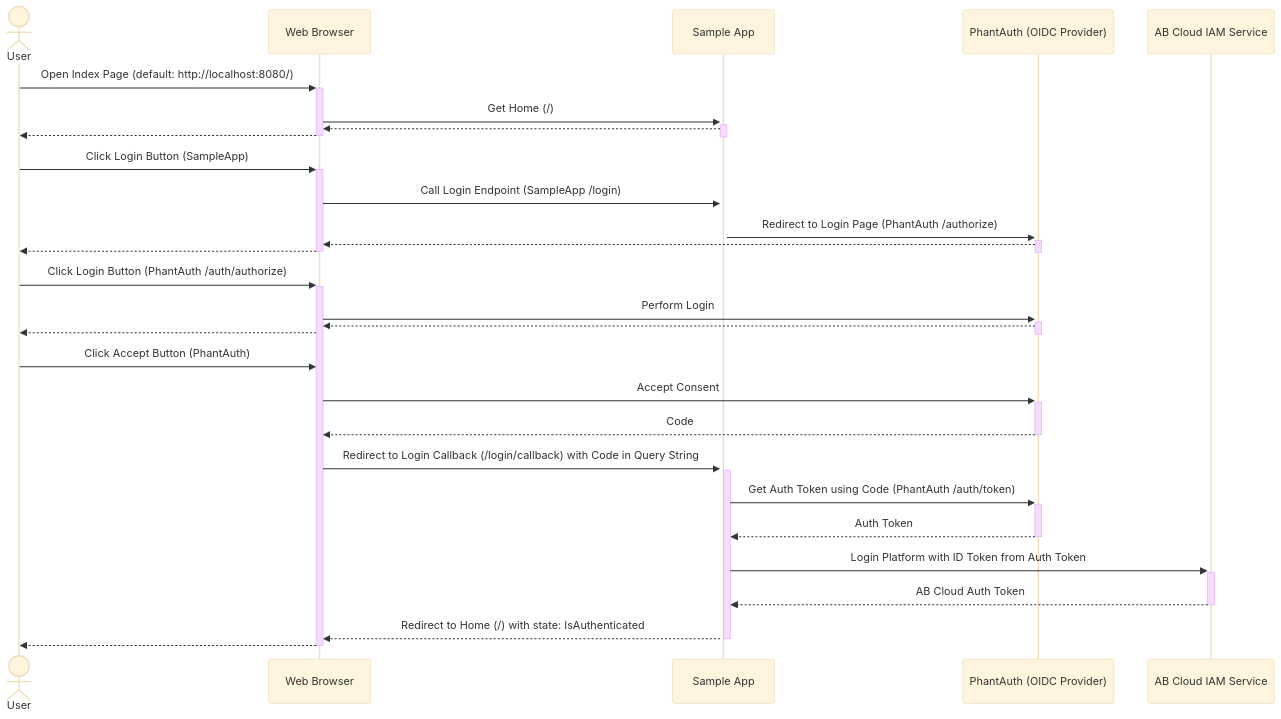
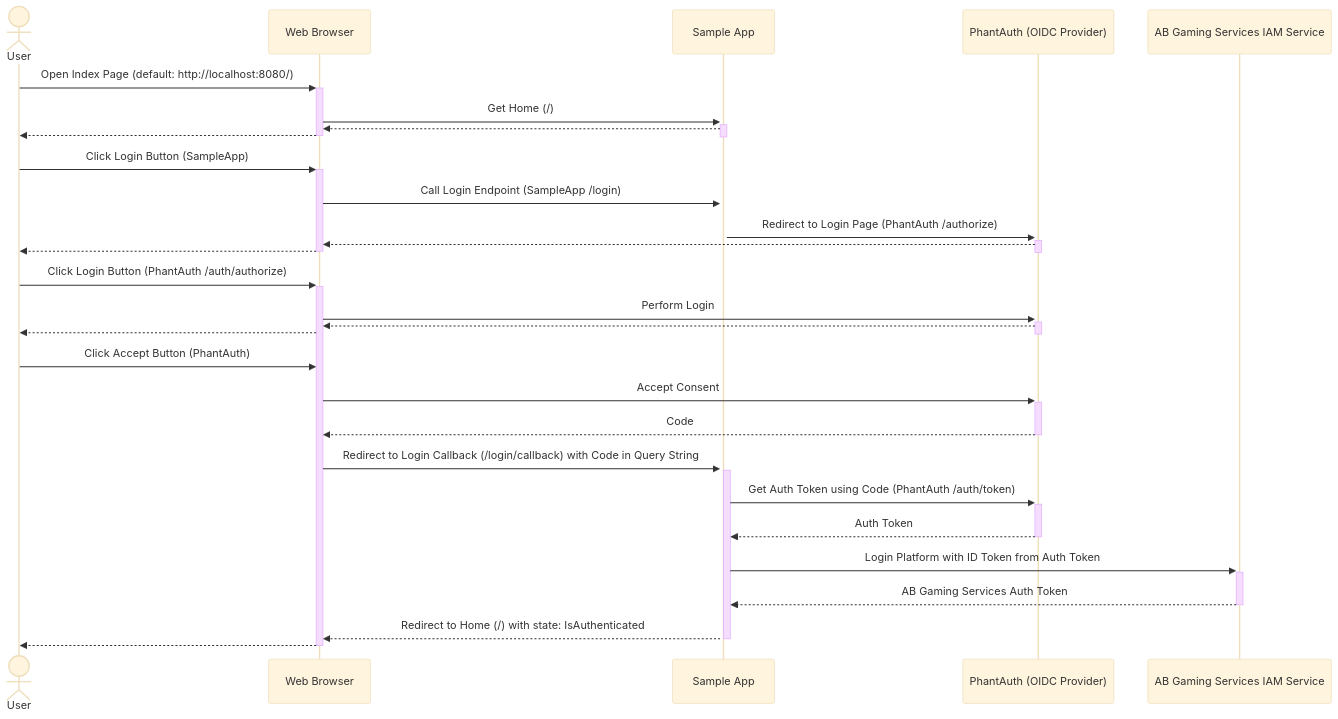
The diagram in docs/samples/oidc.md (AccelByte/accelbyte-python-sdk), drawn with Mermaid (base theme) before and after one commit. The commit also changed other lines of this file and 3 other files, not shown here.

Commit message:
docs: replace cloud with gaming services

````diff
--- a/docs/samples/oidc.md
+++ b/docs/samples/oidc.md
@@ -24,35 +24,35 @@
 ```mermaid
 sequenceDiagram
     Actor U as User
     participant B as Web Browser
     participant S as Sample App
     participant P as PhantAuth (OIDC Provider)
-    participant I as AB Cloud IAM Service
+    participant I as AB Gaming Services IAM Service
 
     U ->>+ B: Open Index Page (default: http://localhost:8080/)
     B ->>+ S: Get Home (/)
     S -->>- B: 
     B -->>- U: 
 
     U ->>+ B: Click Login Button (SampleApp)
     B ->>+ S: Call Login Endpoint (SampleApp /login)
     S ->>+ P: Redirect to Login Page (PhantAuth /authorize)
     P -->>- B: 
     B -->>- U: 
     
     U ->>+ B: Click Login Button (PhantAuth /auth/authorize)
     B ->>+ P: Perform Login
     P -->>- B:  
     B -->> U: 
 
     U ->> B: Click Accept Button (PhantAuth)
     B ->>+ P: Accept Consent
     P -->>- B: Code
     B ->>+ S: Redirect to Login Callback (/login/callback) with Code in Query String
     S ->>+ P: Get Auth Token using Code (PhantAuth /auth/token)
     P -->>- S: Auth Token
     S ->>+ I: Login Platform with ID Token from Auth Token
-    I -->>- S: AB Cloud Auth Token
+    I -->>- S: AB Gaming Services Auth Token
     S -->>- B: Redirect to Home (/) with state: IsAuthenticated
     B -->>- U: 
 ```
````
